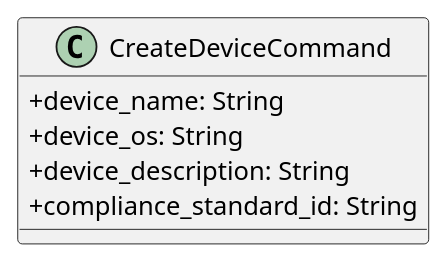
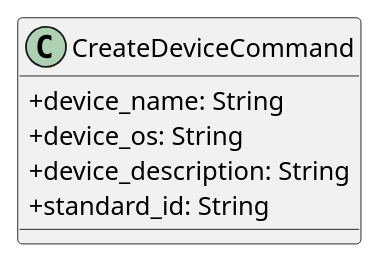
Before and after one commit to GroupRubberDuck/Documentazione: the diagram in src/PB/DocumentazioneEsterna/Specifica_Tecnica/content/uml/puml/Diagrammi_classi/Backend/Command/CreateDeviceCommand.puml, drawn with PlantUML. The commit also changed 26 other files, not shown here.

```diff
--- a/src/PB/DocumentazioneEsterna/Specifica_Tecnica/content/uml/puml/Diagrammi_classi/Backend/Command/CreateDeviceCommand.puml
+++ b/src/PB/DocumentazioneEsterna/Specifica_Tecnica/content/uml/puml/Diagrammi_classi/Backend/Command/CreateDeviceCommand.puml
@@ -1,10 +1,10 @@
-@startuml
+@startuml CreateDeviceCommand
 skinparam classAttributeIconSize 0
 
 class CreateDeviceCommand {
     + device_name: String
     + device_os: String
     + device_description: String
-    + compliance_standard_id: String
+    + standard_id: String
 }
 @enduml
```
